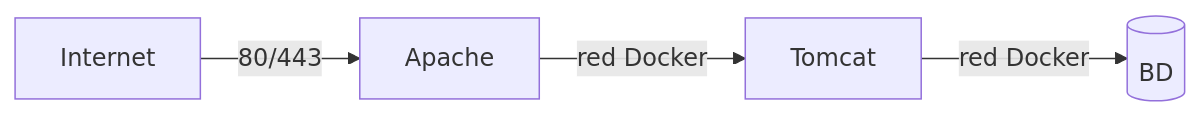
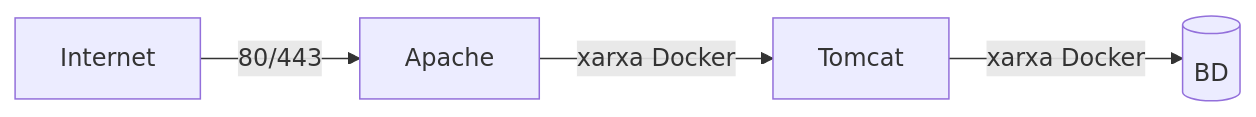
Before and after one commit to jordicido/jordicina: the sixth of 12 diagrams in docs/daw-daw/up3/09-virtualizacion-contenedores-nube.md, drawn with Mermaid. The commit also changed other lines of this file and 10 other files, not shown here.

````diff
--- a/docs/daw-daw/up3/09-virtualizacion-contenedores-nube.md
+++ b/docs/daw-daw/up3/09-virtualizacion-contenedores-nube.md
@@ -299,6 +299,6 @@
 ```mermaid
 flowchart LR
     I["Internet"] -->|"80/443"| A["Apache"]
-    A -->|"red Docker"| T["Tomcat"]
-    T -->|"red Docker"| D[("BD")]
+    A -->|"xarxa Docker"| T["Tomcat"]
+    T -->|"xarxa Docker"| D[("BD")]
 ```
````
